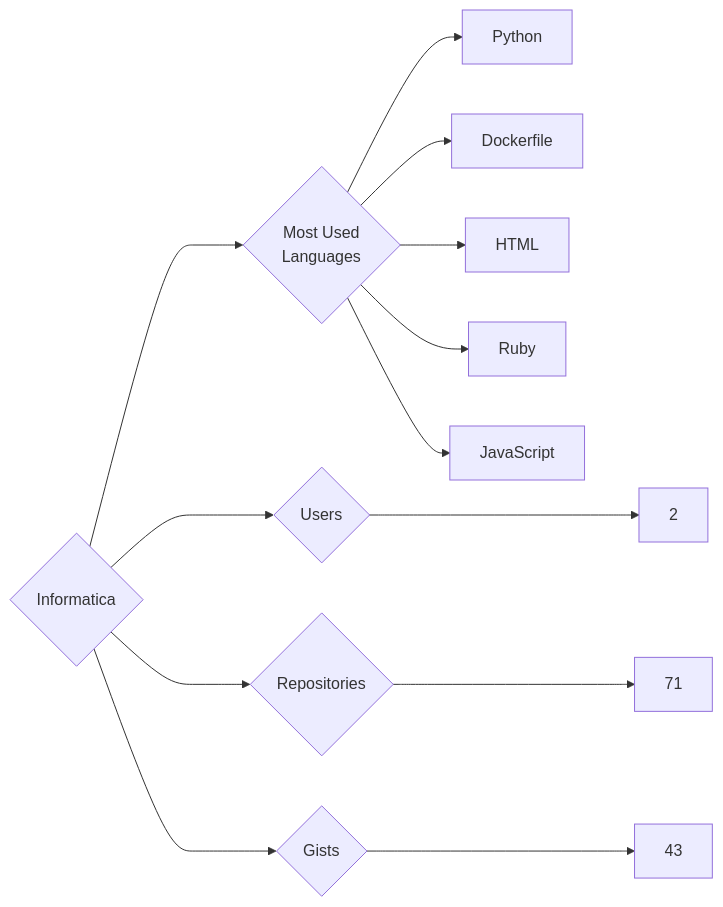
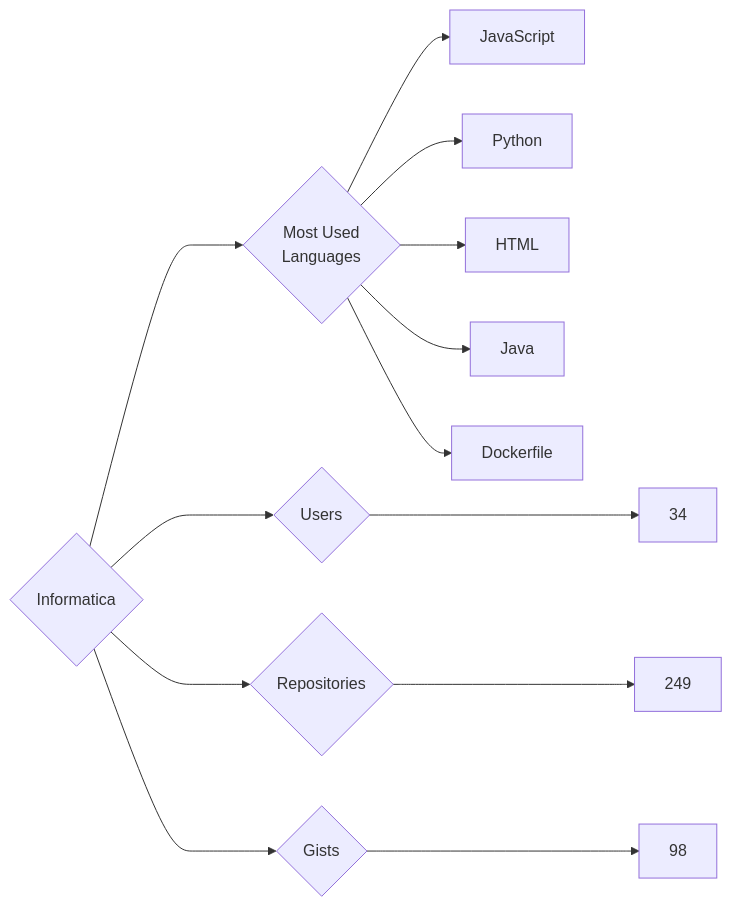
Before and after one commit to trickest/insiders: the diagram in targets/Informatica/README.md, drawn with Mermaid. The commit also changed 953 other files, not shown here.

````diff
--- a/targets/Informatica/README.md
+++ b/targets/Informatica/README.md
@@ -3,13 +3,13 @@
 ```mermaid
 graph LR
 COMPANY_NAME{Informatica}
-COMPANY_NAME ---> U{Users} ---> UN[2]
-COMPANY_NAME ---> R{Repositories} ---> RN[71]
-COMPANY_NAME ---> G{Gists} ---> GN[43]
+COMPANY_NAME ---> U{Users} ---> UN[34]
+COMPANY_NAME ---> R{Repositories} ---> RN[249]
+COMPANY_NAME ---> G{Gists} ---> GN[98]
 COMPANY_NAME ---> ML{Most Used<br>Languages}
+ML --> JavaScript[JavaScript]
 ML --> Python[Python]
+ML --> HTML[HTML]
+ML --> Java[Java]
 ML --> Dockerfile[Dockerfile]
-ML --> HTML[HTML]
-ML --> Ruby[Ruby]
-ML --> JavaScript[JavaScript]
 ```
````
